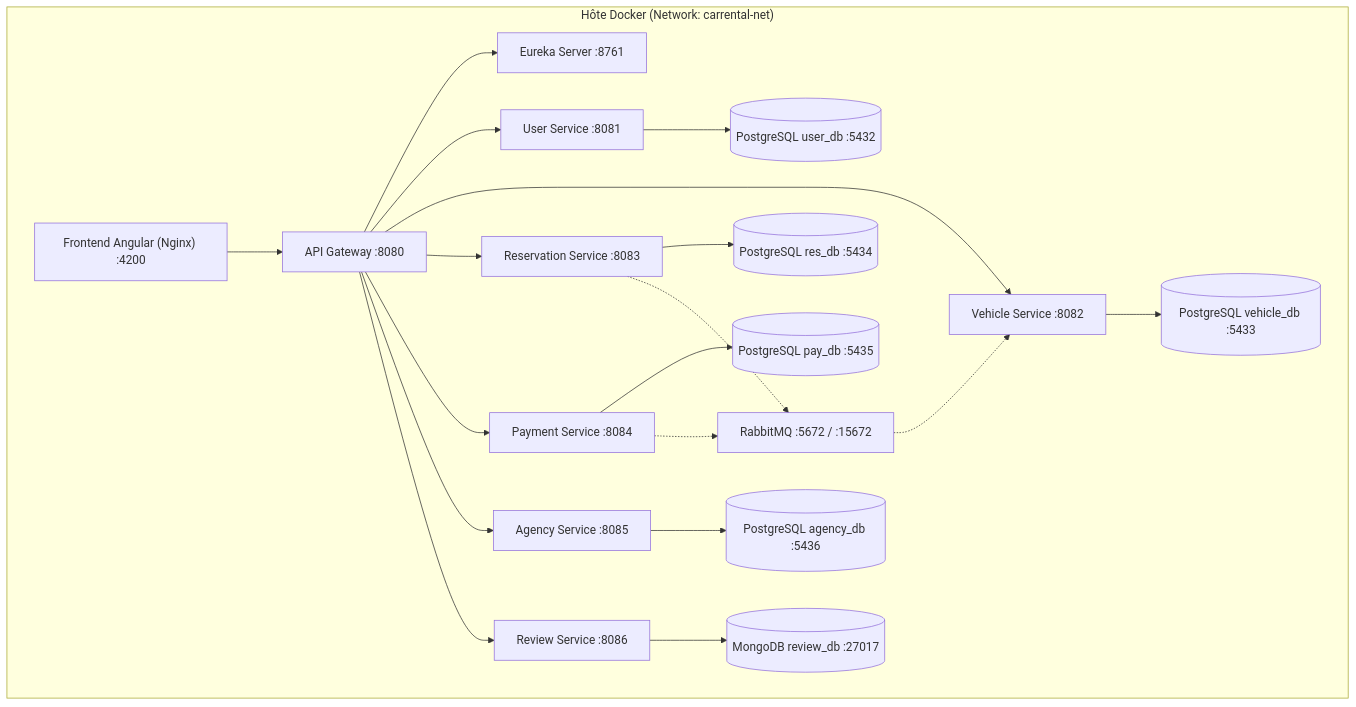
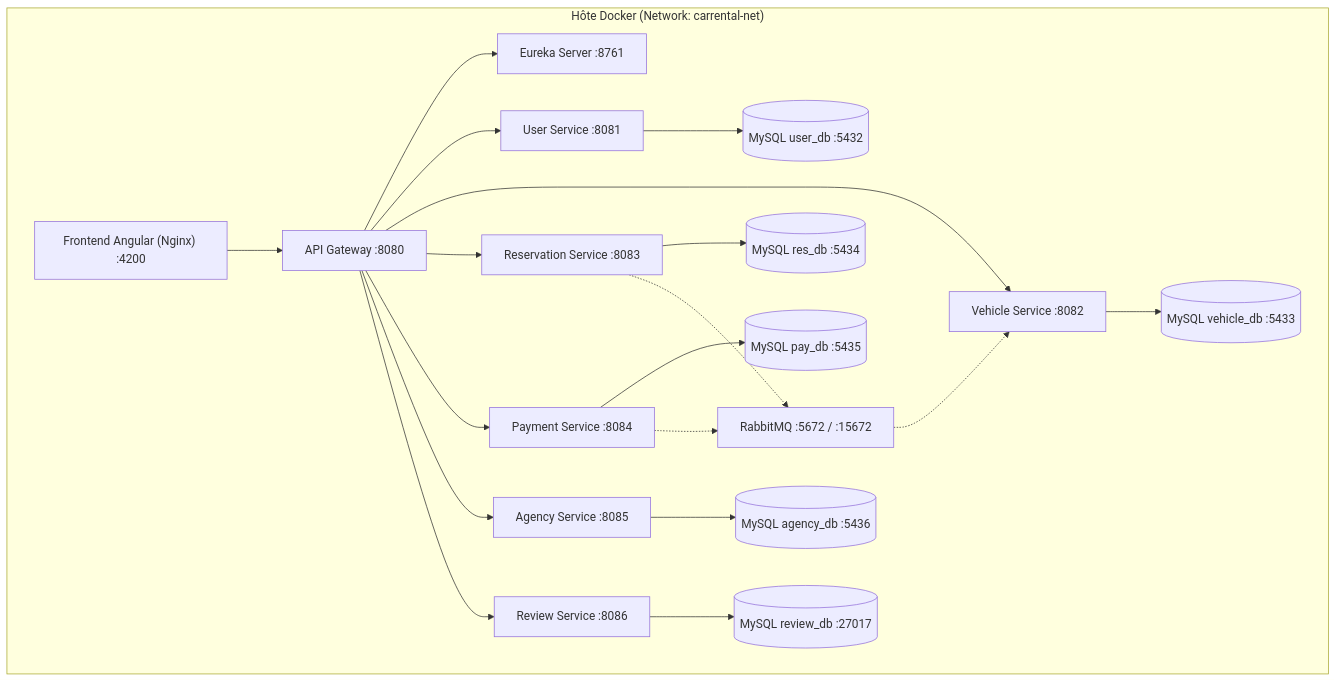
One commit to rayansayari/awd changed diagram 11 of 11 in Documentation/Diagrams/README_DIAGRAMMES.md. Above: the diagram before and after it, drawn with Mermaid. The commit also changed other lines of this file and 34 other files, not shown here.

Commit message:
feat(database): migrate 100% of microservices (including Review-Service) from PostgreSQL/MongoDB to MySQL 8.0

````diff
--- a/Documentation/Diagrams/README_DIAGRAMMES.md
+++ b/Documentation/Diagrams/README_DIAGRAMMES.md
@@ -392,35 +392,35 @@
 ```mermaid
 graph TB
     subgraph Host["Hôte Docker (Network: carrental-net)"]
         NGINX["Frontend Angular (Nginx) :4200"]
         GATEWAY["API Gateway :8080"]
         EUREKA["Eureka Server :8761"]
         RABBIT["RabbitMQ :5672 / :15672"]
 
         USER_S["User Service :8081"]
         VEH_S["Vehicle Service :8082"]
         RES_S["Reservation Service :8083"]
         PAY_S["Payment Service :8084"]
         AGN_S["Agency Service :8085"]
         REV_S["Review Service :8086"]
 
-        DB1[("PostgreSQL user_db :5432")]
-        DB2[("PostgreSQL vehicle_db :5433")]
-        DB3[("PostgreSQL res_db :5434")]
-        DB4[("PostgreSQL pay_db :5435")]
-        DB5[("PostgreSQL agency_db :5436")]
-        DB6[("MongoDB review_db :27017")]
+        DB1[("MySQL user_db :5432")]
+        DB2[("MySQL vehicle_db :5433")]
+        DB3[("MySQL res_db :5434")]
+        DB4[("MySQL pay_db :5435")]
+        DB5[("MySQL agency_db :5436")]
+        DB6[("MySQL review_db :27017")]
     end
 
     NGINX --> GATEWAY
     GATEWAY --> EUREKA
     GATEWAY --> USER_S & VEH_S & RES_S & PAY_S & AGN_S & REV_S
     USER_S --> DB1
     VEH_S --> DB2
     RES_S --> DB3
     PAY_S --> DB4
     AGN_S --> DB5
     REV_S --> DB6
     RES_S & PAY_S -.-> RABBIT
     RABBIT -.-> VEH_S
 ```
````
